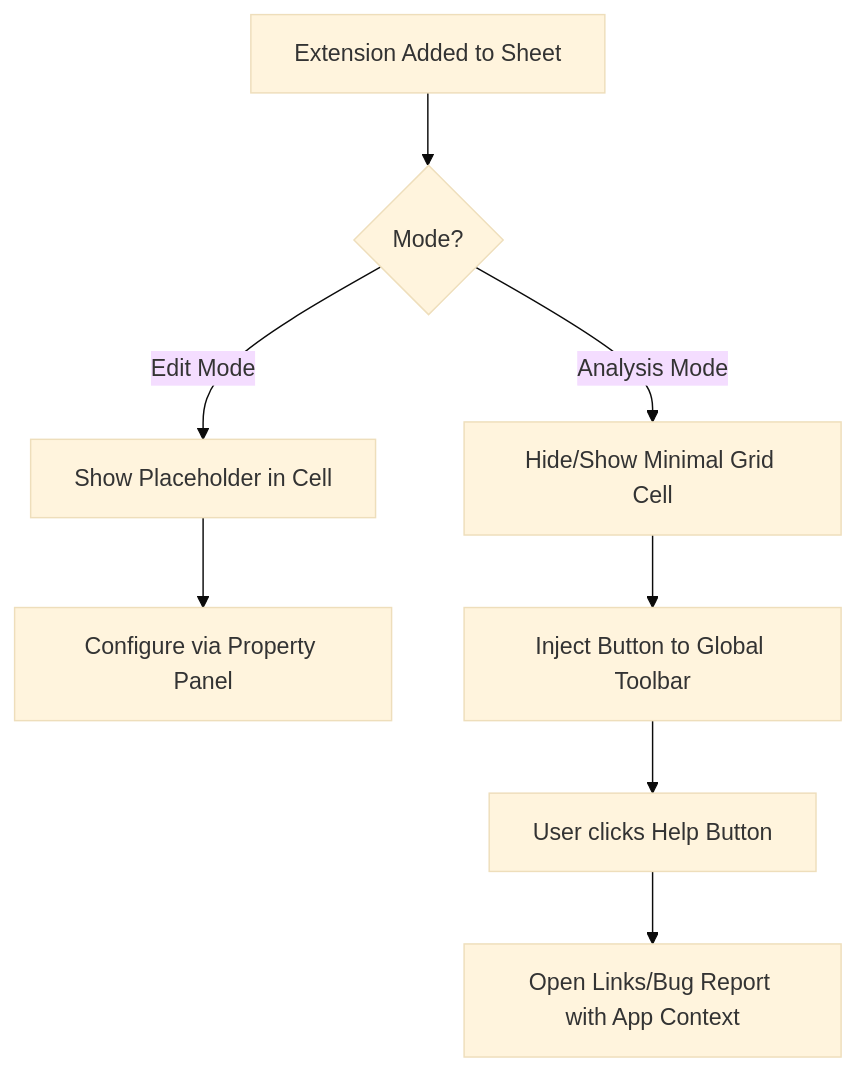
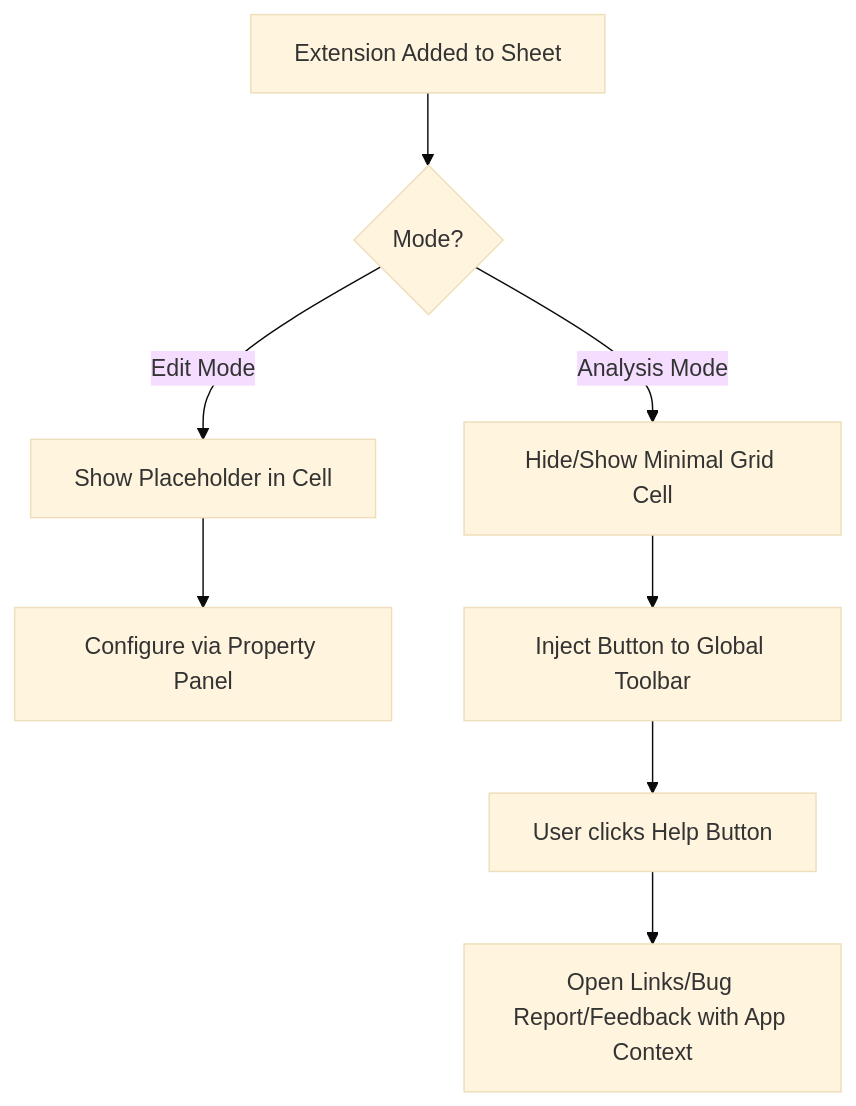
Before and after one commit to ptarmiganlabs/qs-help-button: the first of 2 diagrams in extension/README.md, drawn with Mermaid (base theme). The commit also changed other lines of this file and 2 other files, not shown here.

Commit message:
docs: update READMEs with feedback menu item type documentation

````diff
--- a/extension/README.md
+++ b/extension/README.md
@@ -24,10 +24,10 @@
 ```mermaid
 flowchart TD
     A[Extension Added to Sheet] --> B{Mode?}
     B -- Edit Mode --> C[Show Placeholder in Cell]
     C --> D[Configure via Property Panel]
     B -- Analysis Mode --> E[Hide/Show Minimal Grid Cell]
     E --> F[Inject Button to Global Toolbar]
     F --> G[User clicks Help Button]
-    G --> H[Open Links/Bug Report with App Context]
+    G --> H[Open Links/Bug Report/Feedback with App Context]
 ```
````
